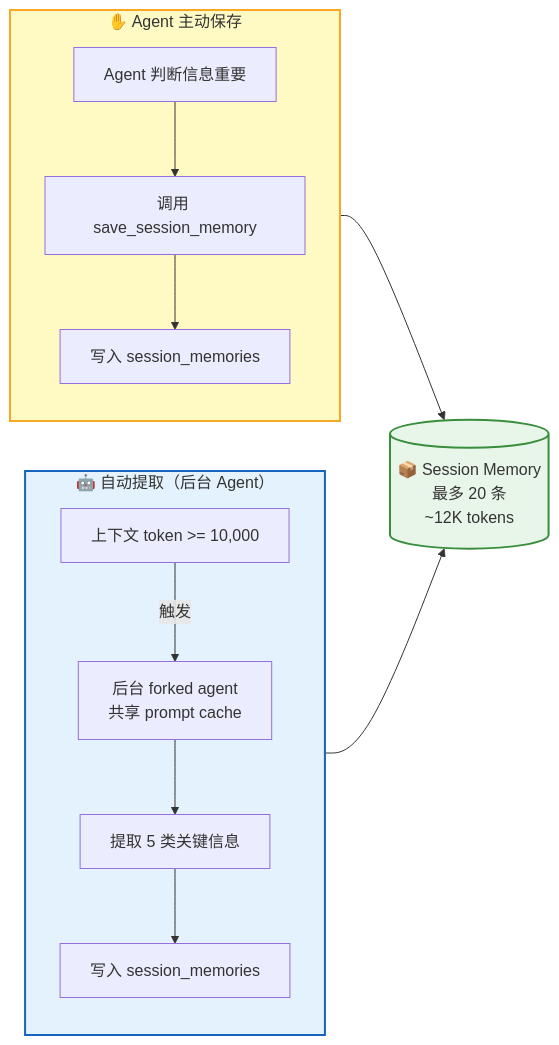
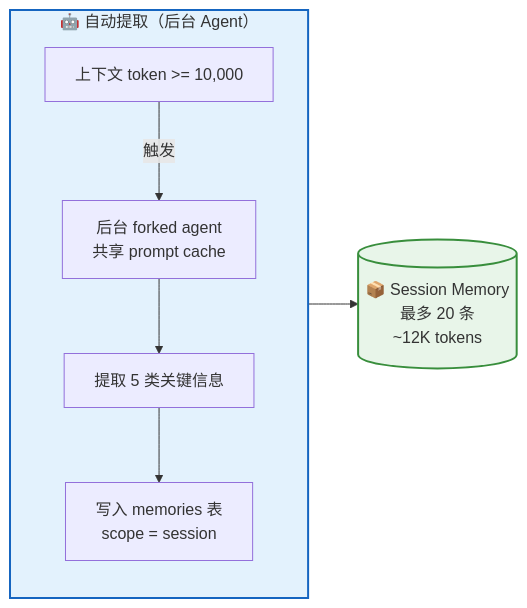
Before and after one commit to rtc-agent/docs: the second of 7 diagrams in src/content/docs/features/memory.md, drawn with Mermaid. The commit also changed other lines of this file and 13 other files, not shown here.

````diff
--- a/src/content/docs/features/memory.md
+++ b/src/content/docs/features/memory.md
@@ -73,22 +76,14 @@
 ```mermaid
 flowchart LR
     subgraph AUTO["🤖 自动提取（后台 Agent）"]
         direction TB
         A1["上下文 token >= 10,000"] -->|"触发"| A2["后台 forked agent<br/>共享 prompt cache"]
         A2 --> A3["提取 5 类关键信息"]
-        A3 --> A4["写入 session_memories"]
-    end
-
-    subgraph MANUAL["✋ Agent 主动保存"]
-        direction TB
-        M1["Agent 判断信息重要"] --> M2["调用 save_session_memory"]
-        M2 --> M3["写入 session_memories"]
+        A3 --> A4["写入 memories 表<br/>scope = session"]
     end
 
     A4 --> DB[("📦 Session Memory<br/>最多 20 条<br/>~12K tokens")]
-    M3 --> DB
 
     style AUTO fill:#e3f2fd,stroke:#1565c0,stroke-width:2px
-    style MANUAL fill:#fff9c4,stroke:#f9a825,stroke-width:2px
     style DB fill:#e8f5e9,stroke:#388e3c,stroke-width:2px
 ```
````
